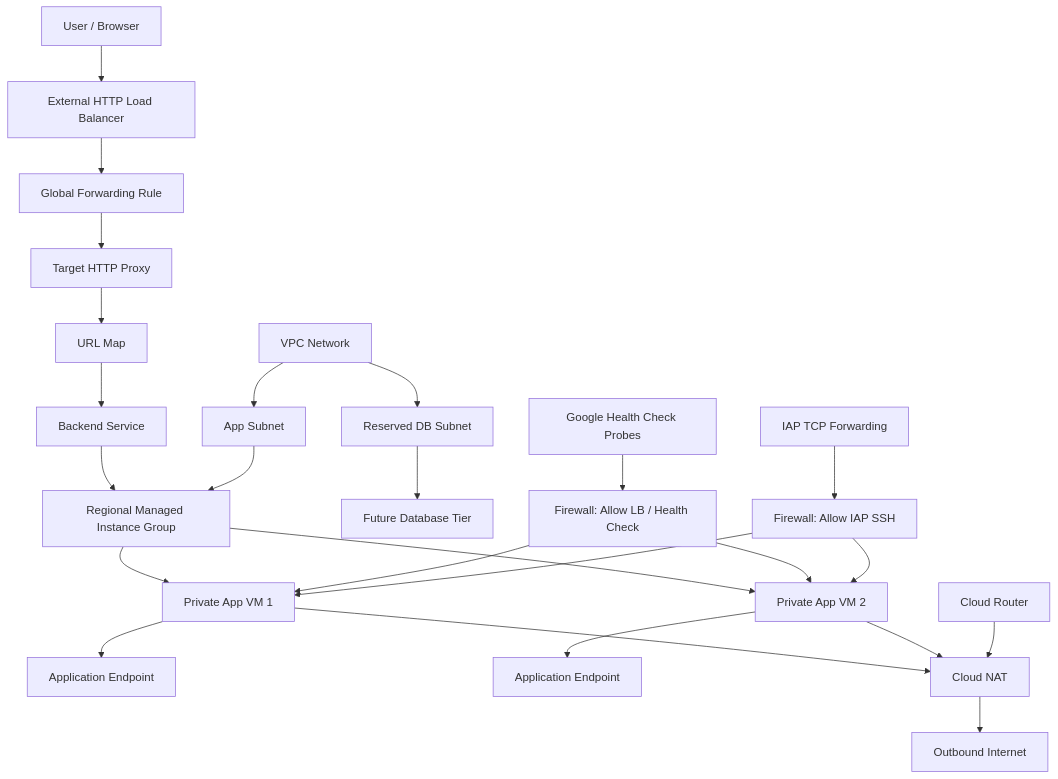
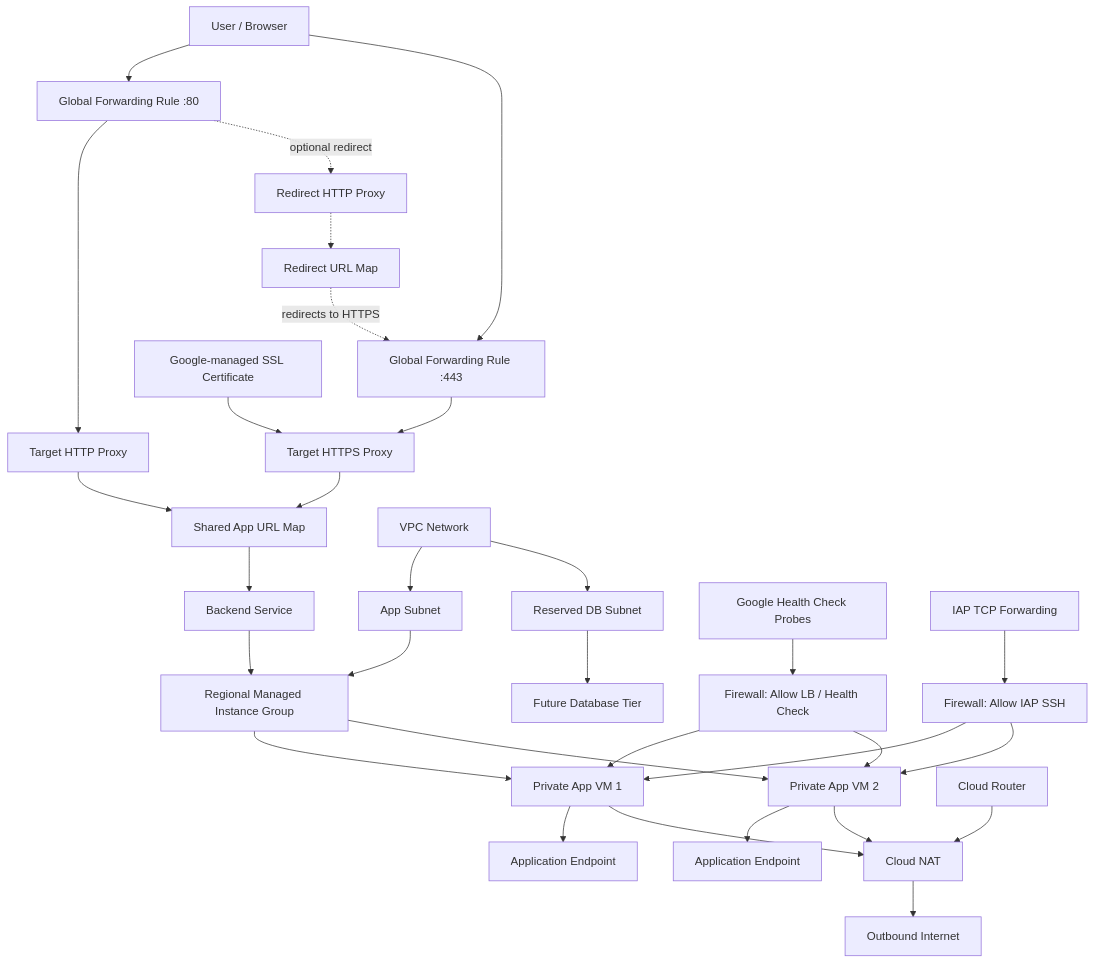
Before and after one commit to abrahamparn/terraform-gcp-production-lite-web-platform: the diagram in docs/architecture.md, drawn with Mermaid. The commit also changed other lines of this file and 14 other files, not shown here.

````diff
--- a/docs/architecture.md
+++ b/docs/architecture.md
@@ -72,36 +73,44 @@
 ```mermaid
 flowchart TD
-    User[User / Browser] --> LB[External HTTP Load Balancer]
+    User[User / Browser] --> HTTPFR[Global Forwarding Rule :80]
+    User --> HTTPSFR[Global Forwarding Rule :443]
 
-    LB --> FR[Global Forwarding Rule]
-    FR --> Proxy[Target HTTP Proxy]
-    Proxy --> URLMap[URL Map]
+    HTTPFR --> HTTPProxy[Target HTTP Proxy]
+    HTTPSFR --> HTTPSProxy[Target HTTPS Proxy]
+    Cert[Google-managed SSL Certificate] --> HTTPSProxy
+
+    HTTPProxy --> URLMap[Shared App URL Map]
+    HTTPSProxy --> URLMap
     URLMap --> Backend[Backend Service]
     Backend --> MIG[Regional Managed Instance Group]
+
+    HTTPFR -. optional redirect .-> RedirectProxy[Redirect HTTP Proxy]
+    RedirectProxy -.-> RedirectMap[Redirect URL Map]
+    RedirectMap -. redirects to HTTPS .-> HTTPSFR
 
     MIG --> VM1[Private App VM 1]
     MIG --> VM2[Private App VM 2]
 
     VM1 --> App1[Application Endpoint]
     VM2 --> App2[Application Endpoint]
 
     VM1 --> NAT[Cloud NAT]
     VM2 --> NAT
     NAT --> Internet[Outbound Internet]
 
     Router[Cloud Router] --> NAT
 
     VPC[VPC Network] --> AppSubnet[App Subnet]
     VPC --> DBSubnet[Reserved DB Subnet]
 
     AppSubnet --> MIG
     DBSubnet --> FutureDB[Future Database Tier]
 
     HC[Google Health Check Probes] --> FWLB[Firewall: Allow LB / Health Check]
     FWLB --> VM1
     FWLB --> VM2
 
     IAP[IAP TCP Forwarding] --> FWIAP[Firewall: Allow IAP SSH]
     FWIAP --> VM1
     FWIAP --> VM2
 ```
````
